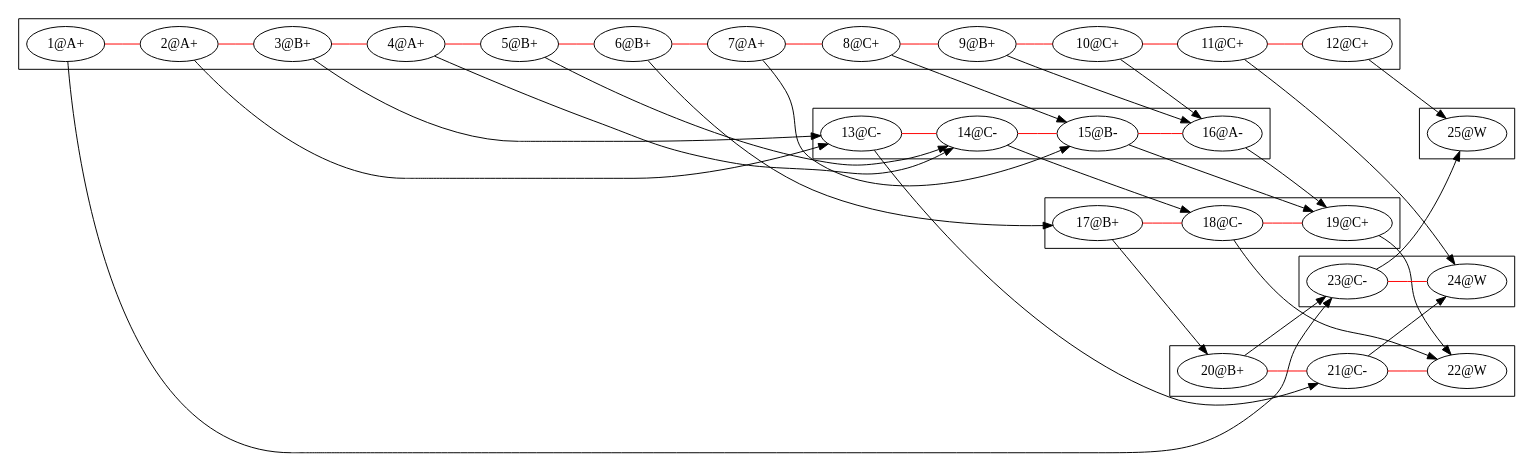
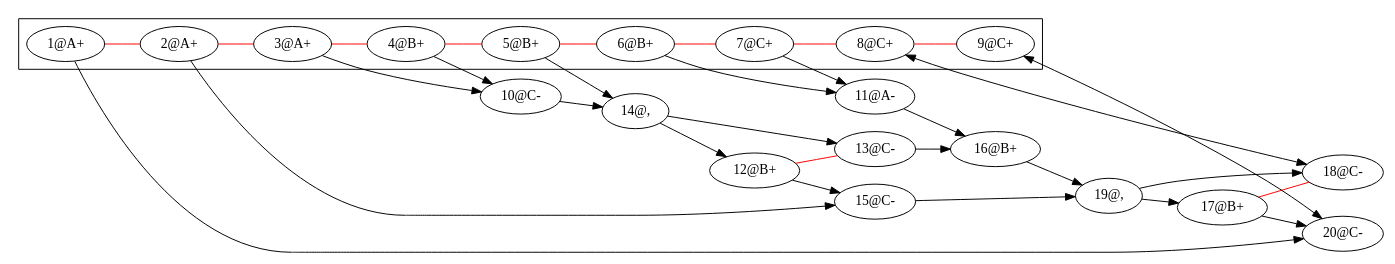
One commit to omelkonian/LoLa changed the diagram in promotion/web.gv. Above: the diagram before and after it, drawn with Graphviz. The commit also changed 2 other files, not shown here.

```diff
--- a/promotion/web.gv
+++ b/promotion/web.gv
@@ -1,81 +1,56 @@
 digraph web {
 	rankdir=LR
-	subgraph cluster_00 {
+	subgraph cluster_0 {
+		rankdir=LR
 		"1@A+"
 		"2@A+"
-		"3@B+"
-		"4@A+"
+		"3@A+"
+		"4@B+"
 		"5@B+"
 		"6@B+"
-		"7@A+"
+		"7@C+"
 		"8@C+"
-		"9@B+"
-		"10@C+"
-		"11@C+"
-		"12@C+"
+		"9@C+"
 		"1@A+" -> "2@A+" [color=red constraint=true dir=none]
-		"2@A+" -> "3@B+" [color=red constraint=true dir=none]
-		"3@B+" -> "4@A+" [color=red constraint=true dir=none]
-		"4@A+" -> "5@B+" [color=red constraint=true dir=none]
+		"2@A+" -> "3@A+" [color=red constraint=true dir=none]
+		"3@A+" -> "4@B+" [color=red constraint=true dir=none]
+		"4@B+" -> "5@B+" [color=red constraint=true dir=none]
 		"5@B+" -> "6@B+" [color=red constraint=true dir=none]
-		"6@B+" -> "7@A+" [color=red constraint=true dir=none]
-		"7@A+" -> "8@C+" [color=red constraint=true dir=none]
-		"8@C+" -> "9@B+" [color=red constraint=true dir=none]
-		"9@B+" -> "10@C+" [color=red constraint=true dir=none]
-		"10@C+" -> "11@C+" [color=red constraint=true dir=none]
-		"11@C+" -> "12@C+" [color=red constraint=true dir=none]
+		"6@B+" -> "7@C+" [color=red constraint=true dir=none]
+		"7@C+" -> "8@C+" [color=red constraint=true dir=none]
+		"8@C+" -> "9@C+" [color=red constraint=true dir=none]
 	}
-	"2@A+" -> "13@C-" [constraint=true]
-	"3@B+" -> "13@C-" [constraint=true]
-	"4@A+" -> "14@C-" [constraint=true]
-	"5@B+" -> "14@C-" [constraint=true]
-	"7@A+" -> "15@B-" [constraint=true]
-	"8@C+" -> "15@B-" [constraint=true]
-	"9@B+" -> "16@A-" [constraint=true]
-	"10@C+" -> "16@A-" [constraint=true]
-	subgraph cluster_0 {
-		"13@C-"
-		"14@C-"
-		"15@B-"
-		"16@A-"
-		"13@C-" -> "14@C-" [color=red constraint=true dir=none]
-		"14@C-" -> "15@B-" [color=red constraint=true dir=none]
-		"15@B-" -> "16@A-" [color=red constraint=true dir=none]
-	}
-	"14@C-" -> "18@C-" [constraint=true]
-	"6@B+" -> "17@B+" [constraint=true]
-	"15@B-" -> "19@C+" [constraint=true]
-	"16@A-" -> "19@C+" [constraint=true]
-	subgraph cluster_1 {
-		"17@B+"
-		"18@C-"
-		"19@C+"
-		"17@B+" -> "18@C-" [color=red constraint=true dir=none]
-		"18@C-" -> "19@C+" [color=red constraint=true dir=none]
-	}
-	"13@C-" -> "21@C-" [constraint=true]
-	"17@B+" -> "20@B+" [constraint=true]
-	"18@C-" -> "22@W" [constraint=true]
-	"19@C+" -> "22@W" [constraint=true]
-	subgraph cluster_2 {
-		"20@B+"
-		"21@C-"
-		"22@W"
-		"20@B+" -> "21@C-" [color=red constraint=true dir=none]
-		"21@C-" -> "22@W" [color=red constraint=true dir=none]
-	}
-	"1@A+" -> "23@C-" [constraint=true]
-	"20@B+" -> "23@C-" [constraint=true]
-	"21@C-" -> "24@W" [constraint=true]
-	"11@C+" -> "24@W" [constraint=true]
-	subgraph cluster_3 {
-		"23@C-"
-		"24@W"
-		"23@C-" -> "24@W" [color=red constraint=true dir=none]
-	}
-	"23@C-" -> "25@W" [constraint=true]
-	"12@C+" -> "25@W" [constraint=true]
-	subgraph cluster_4 {
-		"25@W"
-	}
+	"10@C-"
+	"3@A+" -> "10@C-" [constraint=true]
+	"4@B+" -> "10@C-" [constraint=true]
+	"11@A-"
+	"6@B+" -> "11@A-" [constraint=true]
+	"7@C+" -> "11@A-" [constraint=true]
+	"12@B+"
+	"13@C-"
+	"14@,"
+	"10@C-" -> "14@," [constraint=true]
+	"5@B+" -> "14@," [constraint=true]
+	"12@B+" -> "13@C-" [color=red constraint=true dir=none]
+	"14@," -> "13@C-" [constraint=true]
+	"14@," -> "12@B+" [constraint=true]
+	"15@C-"
+	"2@A+" -> "15@C-" [constraint=true]
+	"12@B+" -> "15@C-" [constraint=true]
+	"16@B+"
+	"13@C-" -> "16@B+" [constraint=true]
+	"11@A-" -> "16@B+" [constraint=true]
+	"17@B+"
+	"18@C-"
+	"19@,"
+	"15@C-" -> "19@," [constraint=true]
+	"16@B+" -> "19@," [constraint=true]
+	"17@B+" -> "18@C-" [color=red constraint=true dir=none]
+	"19@," -> "18@C-" [constraint=true]
+	"19@," -> "17@B+" [constraint=true]
+	"20@C-"
+	"1@A+" -> "20@C-" [constraint=true]
+	"17@B+" -> "20@C-" [constraint=true]
+	"18@C-" -> "8@C+" [constraint=false dir=both]
+	"20@C-" -> "9@C+" [constraint=false dir=both]
 }
```
